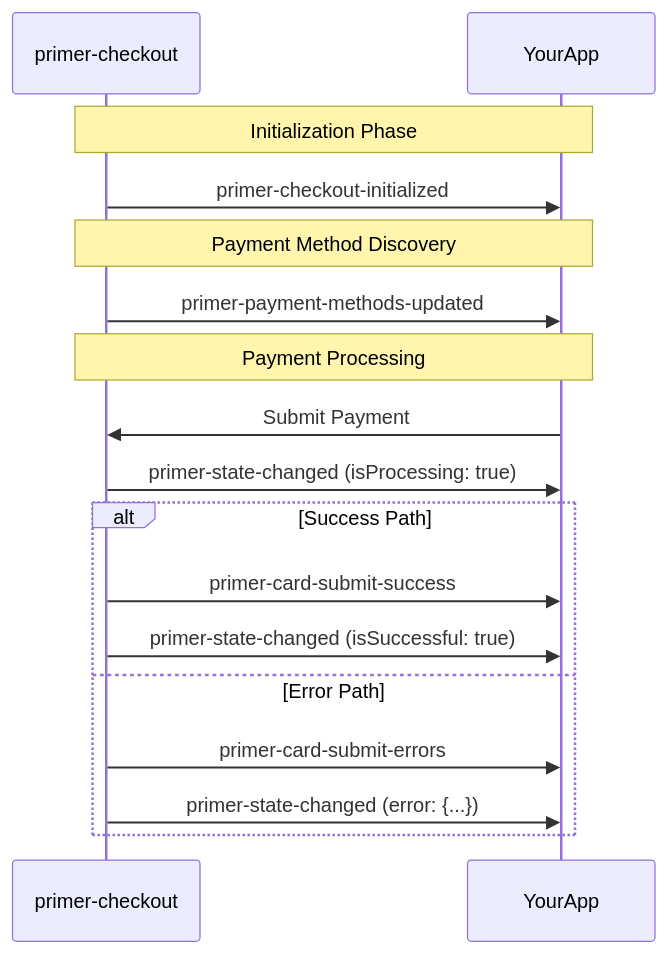
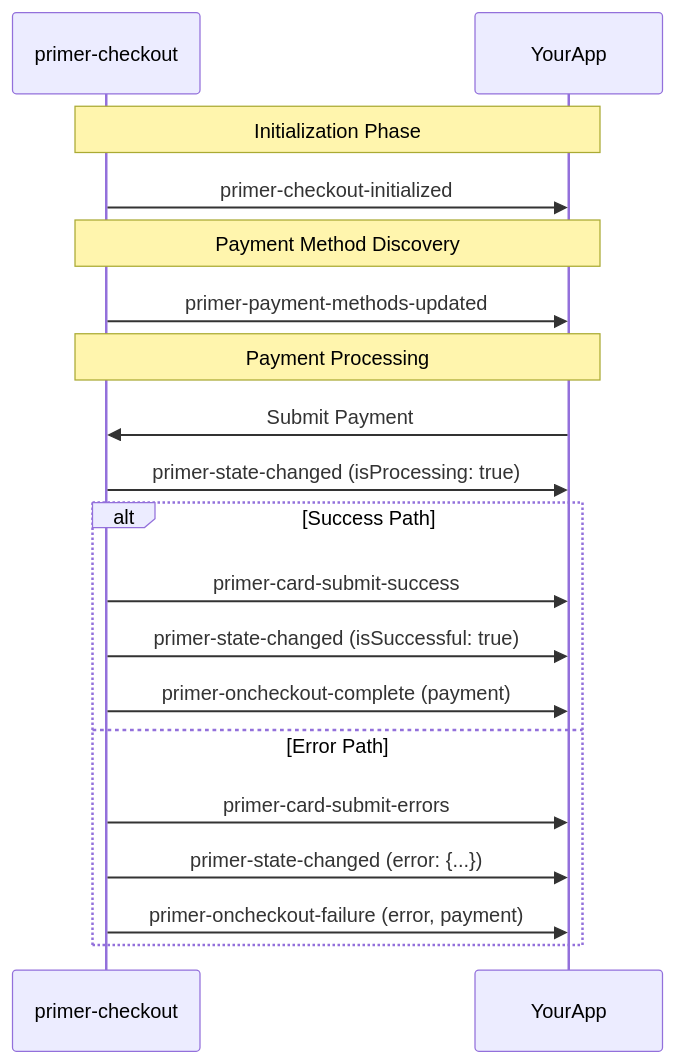
Before and after one commit to primer-io/examples: the second of 3 diagrams in docs/general-docs/api/Components/primer-checkout-doc.md, drawn with Mermaid. The commit also changed other lines of this file and 74 other files, not shown here.

````diff
--- a/docs/general-docs/api/Components/primer-checkout-doc.md
+++ b/docs/general-docs/api/Components/primer-checkout-doc.md
@@ -112,23 +114,25 @@
 ```mermaid
 sequenceDiagram
     participant Checkout as primer-checkout
     participant YourApp
 
     Note over Checkout,YourApp: Initialization Phase
     Checkout->>YourApp: primer-checkout-initialized
 
     Note over Checkout,YourApp: Payment Method Discovery
     Checkout->>YourApp: primer-payment-methods-updated
 
     Note over Checkout,YourApp: Payment Processing
     YourApp->>Checkout: Submit Payment
     Checkout->>YourApp: primer-state-changed (isProcessing: true)
 
     alt Success Path
         Checkout->>YourApp: primer-card-submit-success
         Checkout->>YourApp: primer-state-changed (isSuccessful: true)
+        Checkout->>YourApp: primer-oncheckout-complete (payment)
     else Error Path
         Checkout->>YourApp: primer-card-submit-errors
         Checkout->>YourApp: primer-state-changed (error: {...})
+        Checkout->>YourApp: primer-oncheckout-failure (error, payment)
     end
 ```
````
